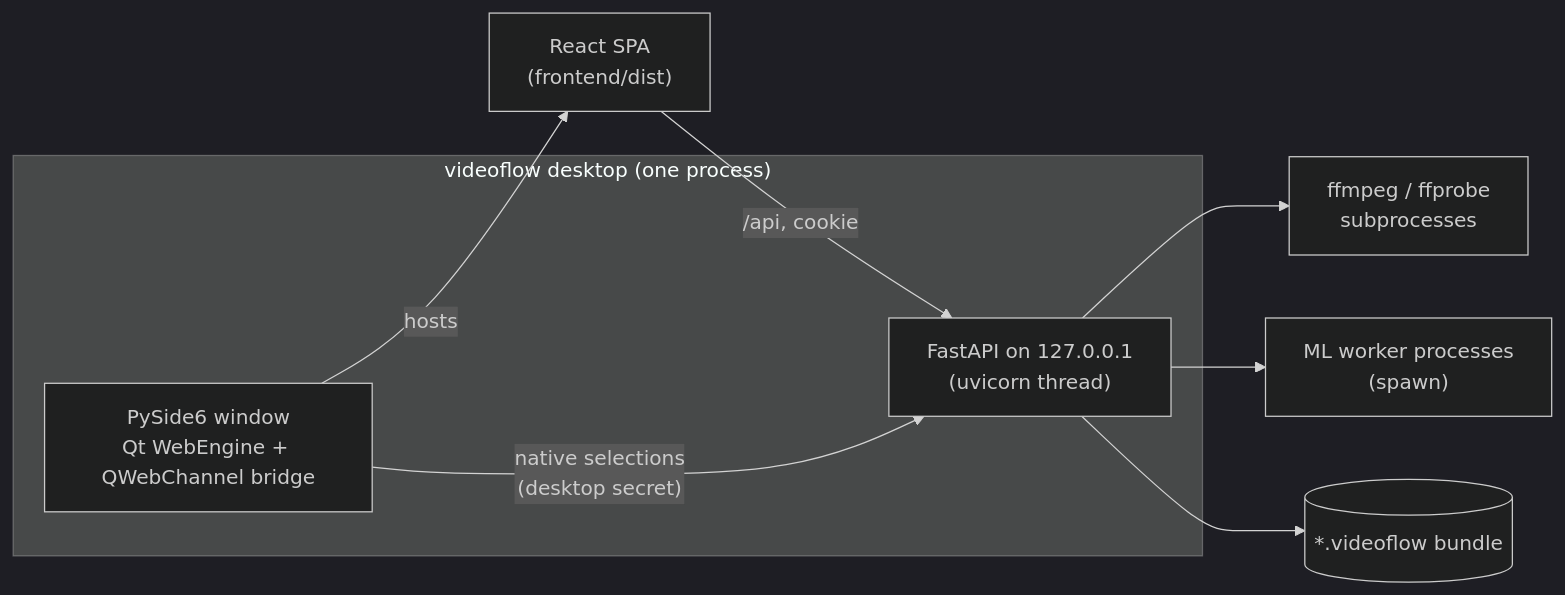
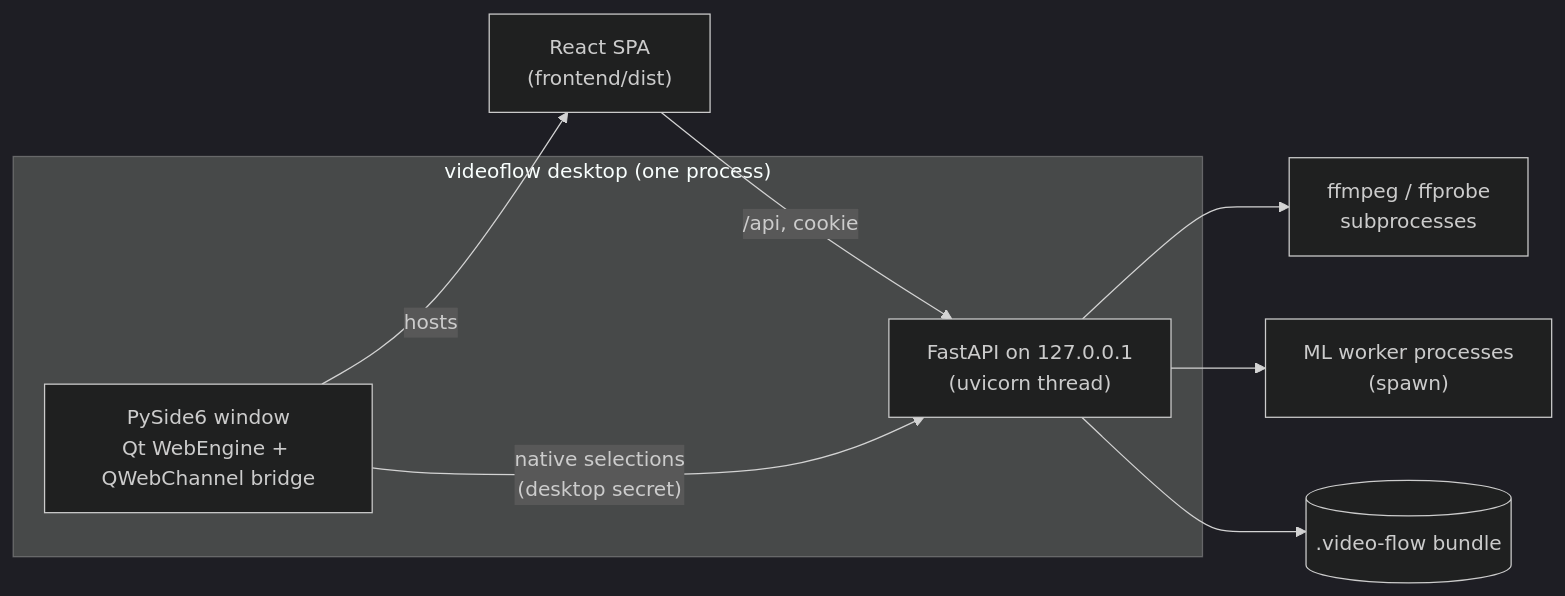
One commit to VincentGuigui/video-flow changed the diagram in docs/architecture/overview.md. Above: the diagram before and after it, drawn with Mermaid (dark theme). The commit also changed other lines of this file and 23 other files, not shown here.

Commit message:
FEATURE: projects live in the working folder as <name>.video-flow, with a recent list

````diff
--- a/docs/architecture/overview.md
+++ b/docs/architecture/overview.md
@@ -9,13 +9,13 @@
 ```mermaid
 flowchart LR
   subgraph Host["videoflow desktop (one process)"]
     QT["PySide6 window<br/>Qt WebEngine + QWebChannel bridge"]
     API["FastAPI on 127.0.0.1<br/>(uvicorn thread)"]
   end
   UI["React SPA<br/>(frontend/dist)"] -- "/api, cookie" --> API
   QT -- hosts --> UI
   QT -- "native selections<br/>(desktop secret)" --> API
   API --> FF["ffmpeg / ffprobe<br/>subprocesses"]
   API --> W["ML worker processes<br/>(spawn)"]
-  API --> B[("*.videoflow bundle")]
+  API --> B[("<name>.video-flow bundle")]
 ```
````
